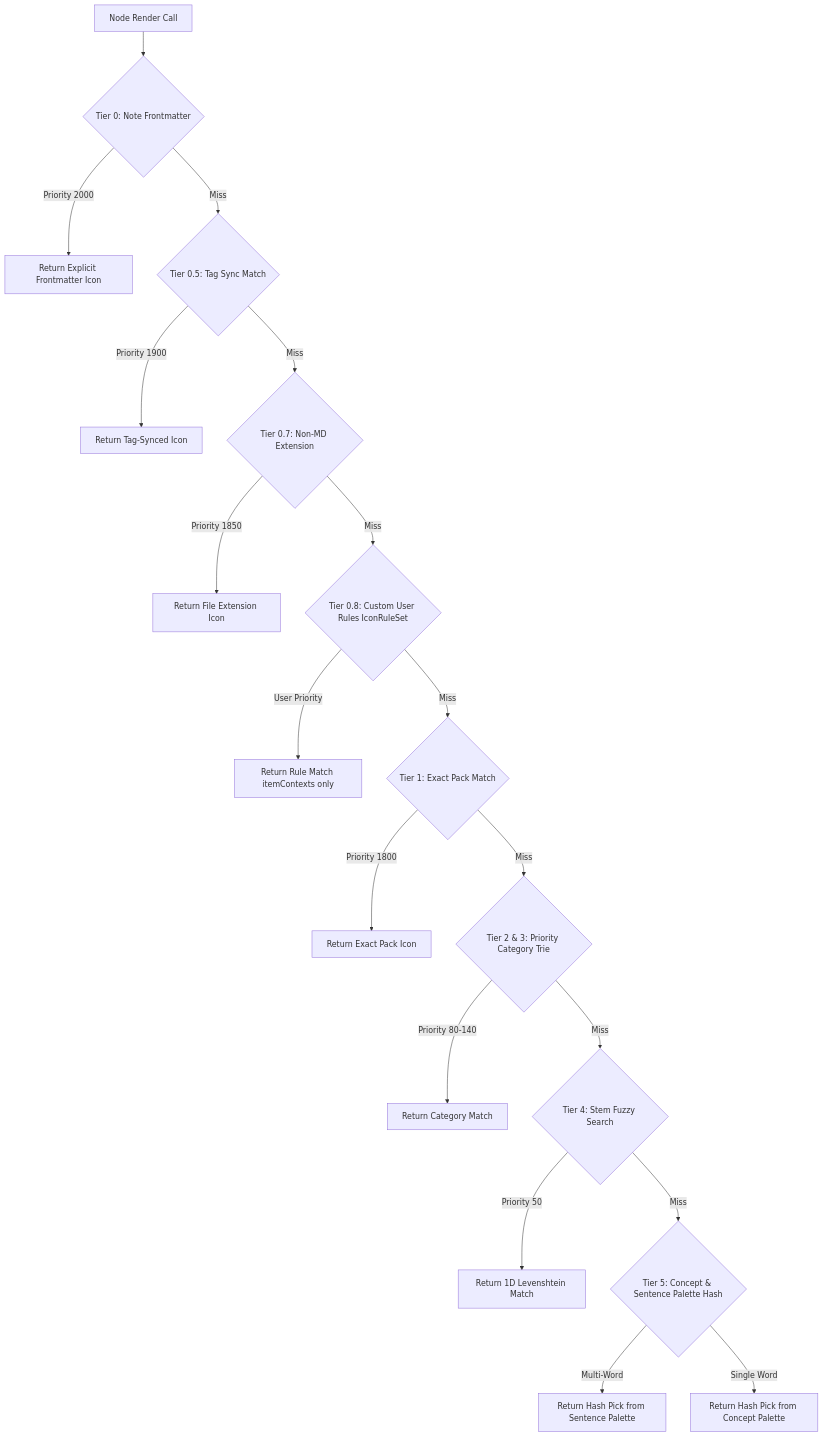
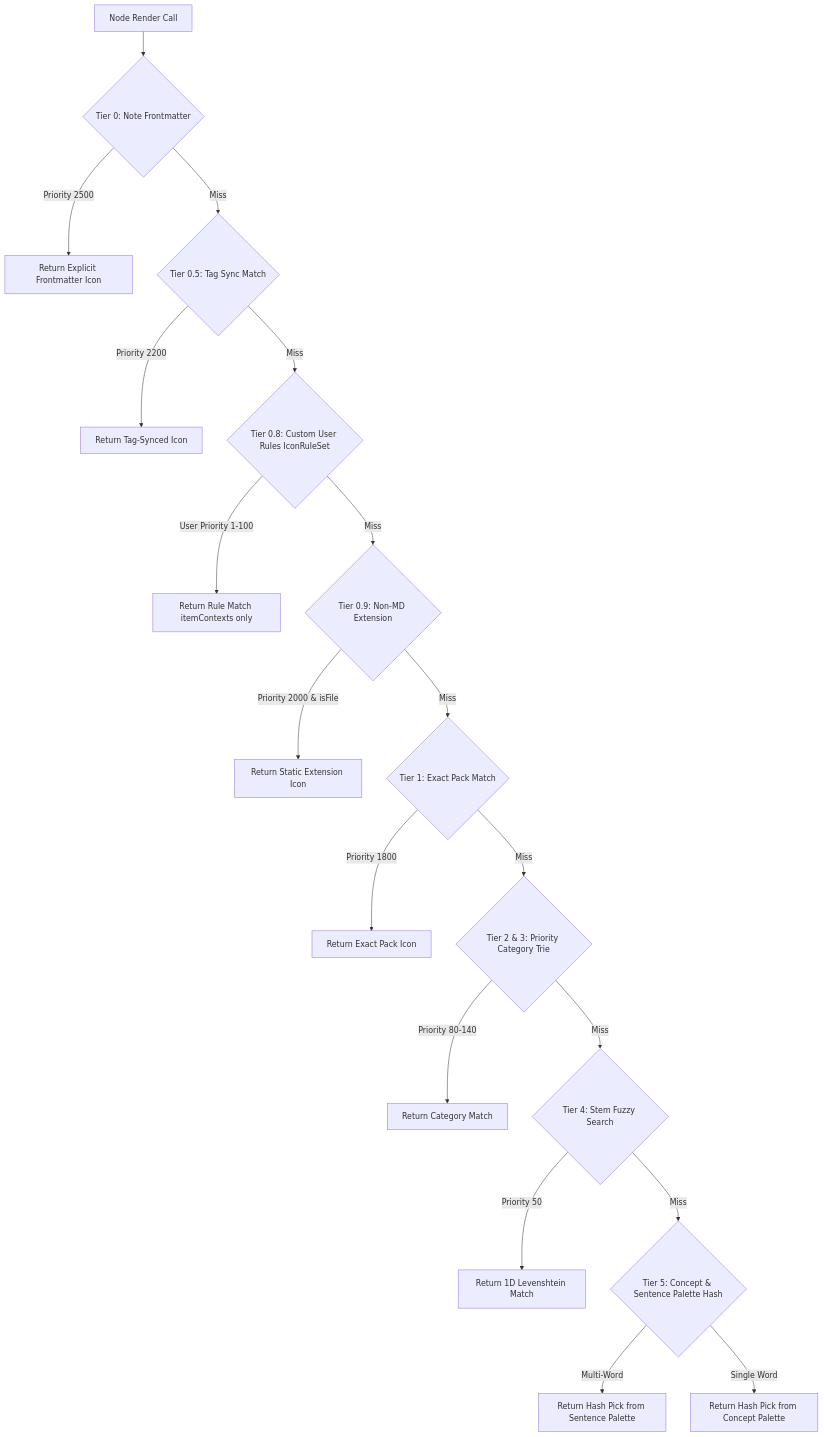
One commit to RohitNahar-Offical/colorful-folders-obsidian changed the second of 2 diagrams in docs/architecture/CODEBASE_GUIDE.md. Above: the diagram before and after it, drawn with Mermaid. The commit also changed other lines of this file and 6 other files, not shown here.

Commit message:
docs: update architecture, customization, and development rules for operator matching modes and grid layout

````diff
--- a/docs/architecture/CODEBASE_GUIDE.md
+++ b/docs/architecture/CODEBASE_GUIDE.md
@@ -144,20 +144,20 @@
 ```mermaid
 flowchart TD
     A[Node Render Call] --> T0{Tier 0: Note Frontmatter}
-    T0 -- Priority 2000 --> B0[Return Explicit Frontmatter Icon]
+    T0 -- Priority 2500 --> B0[Return Explicit Frontmatter Icon]
     T0 -- Miss --> T05{Tier 0.5: Tag Sync Match}
-    T05 -- Priority 1900 --> B05[Return Tag-Synced Icon]
-    T05 -- Miss --> T07{Tier 0.7: Non-MD Extension}
-    T07 -- Priority 1850 --> B07[Return File Extension Icon]
-    T07 -- Miss --> T08{Tier 0.8: Custom User Rules IconRuleSet}
-    T08 -- User Priority --> B08[Return Rule Match itemContexts only]
-    T08 -- Miss --> T1{Tier 1: Exact Pack Match}
+    T05 -- Priority 2200 --> B05[Return Tag-Synced Icon]
+    T05 -- Miss --> T08{Tier 0.8: Custom User Rules IconRuleSet}
+    T08 -- User Priority 1-100 --> B08[Return Rule Match itemContexts only]
+    T08 -- Miss --> T09{Tier 0.9: Non-MD Extension}
+    T09 -- Priority 2000 & isFile --> B09[Return Static Extension Icon]
+    T09 -- Miss --> T1{Tier 1: Exact Pack Match}
     T1 -- Priority 1800 --> B1[Return Exact Pack Icon]
     T1 -- Miss --> T2{Tier 2 & 3: Priority Category Trie}
     T2 -- Priority 80-140 --> C[Return Category Match]
     T2 -- Miss --> T4{Tier 4: Stem Fuzzy Search}
     T4 -- Priority 50 --> D[Return 1D Levenshtein Match]
     T4 -- Miss --> T5{Tier 5: Concept & Sentence Palette Hash}
     T5 -- Multi-Word --> E[Return Hash Pick from Sentence Palette]
     T5 -- Single Word --> F[Return Hash Pick from Concept Palette]
 ```
````
